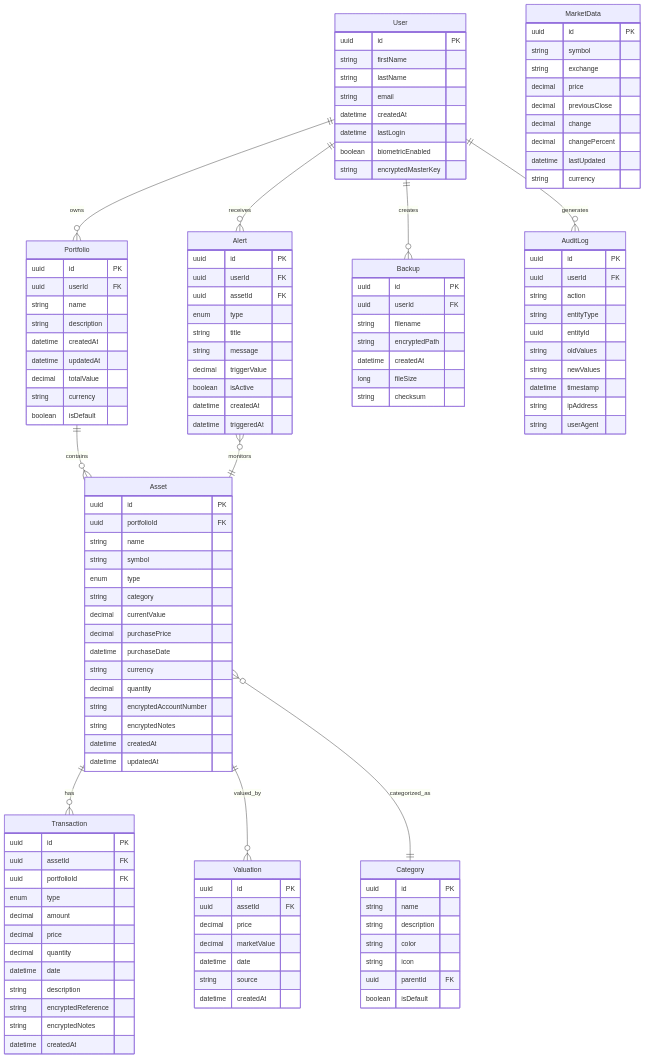
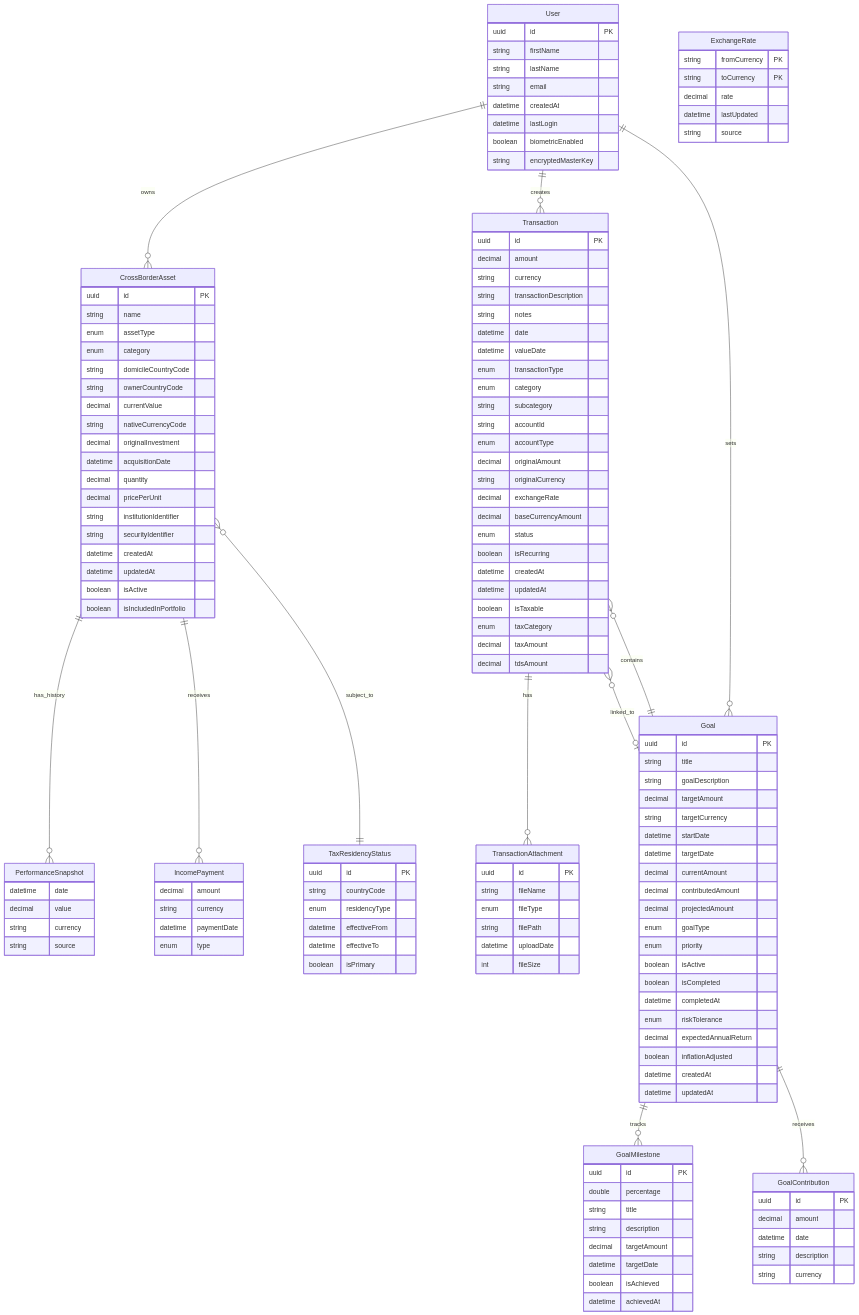
The first of 8 diagrams in docs/entity-diagrams.md (kamthamc/wealth-wise), drawn with Mermaid before and after one commit. The commit also changed other lines of this file and 1 other file, not shown here.

Commit message:
docs: Fix formatting and enhance entity diagrams with actual implementation

````diff
--- a/docs/entity-diagrams.md
+++ b/docs/entity-diagrams.md
@@ -15,126 +15,145 @@
         string encryptedMasterKey
     }
     
-    Portfolio {
+    CrossBorderAsset {
         uuid id PK
-        uuid userId FK
         string name
-        string description
+        enum assetType
+        enum category
+        string domicileCountryCode
+        string ownerCountryCode
+        decimal currentValue
+        string nativeCurrencyCode
+        decimal originalInvestment
+        datetime acquisitionDate
+        decimal quantity
+        decimal pricePerUnit
+        string institutionIdentifier
+        string securityIdentifier
         datetime createdAt
         datetime updatedAt
-        decimal totalValue
-        string currency
-        boolean isDefault
+        boolean isActive
+        boolean isIncludedInPortfolio
     }
     
-    Asset {
+    Transaction {
         uuid id PK
-        uuid portfolioId FK
-        string name
-        string symbol
-        enum type
-        string category
-        decimal currentValue
-        decimal purchasePrice
-        datetime purchaseDate
+        decimal amount
         string currency
-        decimal quantity
-        string encryptedAccountNumber
-        string encryptedNotes
+        string transactionDescription
+        string notes
+        datetime date
+        datetime valueDate
+        enum transactionType
+        enum category
+        string subcategory
+        string accountId
+        enum accountType
+        decimal originalAmount
+        string originalCurrency
+        decimal exchangeRate
+        decimal baseCurrencyAmount
+        enum status
+        boolean isRecurring
+        datetime createdAt
+        datetime updatedAt
+        boolean isTaxable
+        enum taxCategory
+        decimal taxAmount
+        decimal tdsAmount
+    }
+    
+    Goal {
+        uuid id PK
+        string title
+        string goalDescription
+        decimal targetAmount
+        string targetCurrency
+        datetime startDate
+        datetime targetDate
+        decimal currentAmount
+        decimal contributedAmount
+        decimal projectedAmount
+        enum goalType
+        enum priority
+        boolean isActive
+        boolean isCompleted
+        datetime completedAt
+        enum riskTolerance
+        decimal expectedAnnualReturn
+        boolean inflationAdjusted
         datetime createdAt
         datetime updatedAt
     }
     
-    Transaction {
+    PerformanceSnapshot {
+        datetime date
+        decimal value
+        string currency
+        string source
+    }
+    
+    IncomePayment {
+        decimal amount
+        string currency
+        datetime paymentDate
+        enum type
+    }
+    
+    GoalMilestone {
         uuid id PK
-        uuid assetId FK
-        uuid portfolioId FK
-        enum type
+        double percentage
+        string title
+        string description
+        decimal targetAmount
+        datetime targetDate
+        boolean isAchieved
+        datetime achievedAt
+    }
+    
+    GoalContribution {
+        uuid id PK
         decimal amount
-        decimal price
-        decimal quantity
         datetime date
         string description
-        string encryptedReference
-        string encryptedNotes
-        datetime createdAt
-    }
-    
-    Valuation {
-        uuid id PK
-        uuid assetId FK
-        decimal price
-        decimal marketValue
-        datetime date
-        string source
-        datetime createdAt
-    }
-    
-    Category {
-        uuid id PK
-        string name
-        string description
-        string color
-        string icon
-        uuid parentId FK
-        boolean isDefault
-    }
-    
-    MarketData {
-        uuid id PK
-        string symbol
-        string exchange
-        decimal price
-        decimal previousClose
-        decimal change
-        decimal changePercent
-        datetime lastUpdated
         string currency
     }
     
-    Alert {
+    TransactionAttachment {
         uuid id PK
-        uuid userId FK
-        uuid assetId FK
-        enum type
-        string title
-        string message
-        decimal triggerValue
-        boolean isActive
-        datetime createdAt
-        datetime triggeredAt
+        string fileName
+        enum fileType
+        string filePath
+        datetime uploadDate
+        int fileSize
     }
     
-    Backup {
-        uuid id PK
-        uuid userId FK
-        string filename
-        string encryptedPath
-        datetime createdAt
-        long fileSize
-        string checksum
+    ExchangeRate {
+        string fromCurrency PK
+        string toCurrency PK
+        decimal rate
+        datetime lastUpdated
+        string source
     }
     
-    AuditLog {
+    TaxResidencyStatus {
         uuid id PK
-        uuid userId FK
-        string action
-        string entityType
-        uuid entityId
-        string oldValues
-        string newValues
-        datetime timestamp
-        string ipAddress
-        string userAgent
+        string countryCode
+        enum residencyType
+        datetime effectiveFrom
+        datetime effectiveTo
+        boolean isPrimary
     }
 
-    User ||--o{ Portfolio : "owns"
-    Portfolio ||--o{ Asset : "contains"
-    Asset ||--o{ Transaction : "has"
-    Asset ||--o{ Valuation : "valued_by"
-    Asset }o--|| Category : "categorized_as"
-    User ||--o{ Alert : "receives"
-    Alert }o--|| Asset : "monitors"
-    User ||--o{ Backup : "creates"
-    User ||--o{ AuditLog : "generates"
+    User ||--o{ CrossBorderAsset : "owns"
+    User ||--o{ Transaction : "creates"
+    User ||--o{ Goal : "sets"
+    CrossBorderAsset ||--o{ PerformanceSnapshot : "has_history"
+    CrossBorderAsset ||--o{ IncomePayment : "receives"
+    Transaction ||--o{ TransactionAttachment : "has"
+    Transaction }o--o| Goal : "linked_to"
+    Goal ||--o{ GoalMilestone : "tracks"
+    Goal ||--o{ GoalContribution : "receives"
+    Goal ||--o{ Transaction : "contains"
+    CrossBorderAsset }o--|| TaxResidencyStatus : "subject_to"
 ```
````
